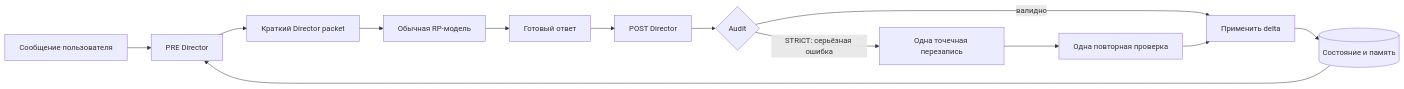
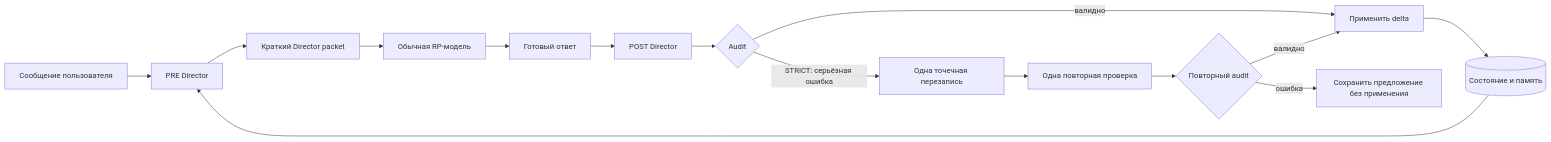
The diagram in README.md (Gam1409/Narrative-Engine), drawn with Mermaid before and after one commit. The commit also changed other lines of this file and 81 other files, not shown here.

````diff
--- a/README.md
+++ b/README.md
@@ -48,15 +50,17 @@
 ```mermaid
 flowchart LR
     U[Сообщение пользователя] --> PRE[PRE Director]
     S[(Состояние и память)] --> PRE
     PRE --> P[Краткий Director packet]
     P --> RP[Обычная RP-модель]
     RP --> R[Готовый ответ]
     R --> POST[POST Director]
     POST --> A{Audit}
     A -->|валидно| D[Применить delta]
     A -->|STRICT: серьёзная ошибка| W[Одна точечная перезапись]
     W --> POST2[Одна повторная проверка]
     D --> S
-    POST2 --> D
+    POST2 --> A2{Повторный audit}
+    A2 -->|валидно| D
+    A2 -->|ошибка| Q[Сохранить предложение без применения]
 ```
````
